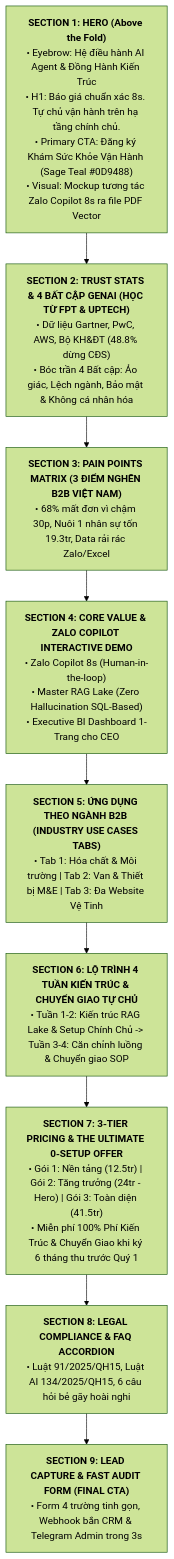
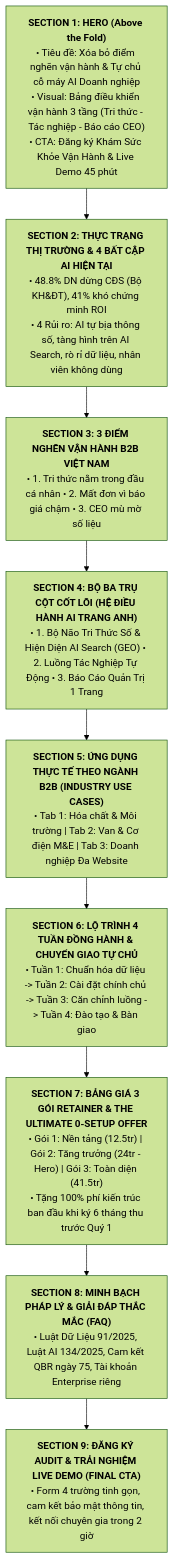
The diagram in plans/landing-page-plan.md (trungdo9/tranganhai), drawn with Mermaid (forest theme) before and after one commit. The commit also changed other lines of this file and 16 other files, not shown here.

````diff
--- a/plans/landing-page-plan.md
+++ b/plans/landing-page-plan.md
@@ -75,22 +49,22 @@
 ```mermaid
 graph TD
-    S1["<b>SECTION 1: HERO (Above the Fold)</b><br/>• Eyebrow: Hệ điều hành AI Agent & Đồng Hành Kiến Trúc<br/>• H1: Báo giá chuẩn xác 8s. Tự chủ vận hành trên hạ tầng chính chủ.<br/>• Primary CTA: Đăng ký Khám Sức Khỏe Vận Hành (Sage Teal #0D9488)<br/>• Visual: Mockup tương tác Zalo Copilot 8s ra file PDF Vector"]
+    S1["<b>SECTION 1: HERO (Above the Fold)</b><br/>• Tiêu đề: Xóa bỏ điểm nghẽn vận hành & Tự chủ cỗ máy AI Doanh nghiệp<br/>• Visual: Bảng điều khiển vận hành 3 tầng (Tri thức - Tác nghiệp - Báo cáo CEO)<br/>• CTA: Đăng ký Khám Sức Khỏe Vận Hành & Live Demo 45 phút"]
     
-    S2["<b>SECTION 2: TRUST STATS & 4 BẤT CẬP GENAI (HỌC TỪ FPT & UPTECH)</b><br/>• Dữ liệu Gartner, PwC, AWS, Bộ KH&ĐT (48.8% dừng CĐS)<br/>• Bóc trần 4 Bất cập: Ảo giác, Lệch ngành, Bảo mật & Không cá nhân hóa"]
+    S2["<b>SECTION 2: THỰC TRẠNG THỊ TRƯỜNG & 4 BẤT CẬP AI HIỆN TẠI</b><br/>• 48.8% DN dừng CĐS (Bộ KH&ĐT), 41% khó chứng minh ROI<br/>• 4 Rủi ro: AI tự bịa thông số, tàng hình trên AI Search, rò rỉ dữ liệu, nhân viên không dùng"]
     
-    S3["<b>SECTION 3: PAIN POINTS MATRIX (3 ĐIỂM NGHẼN B2B VIỆT NAM)</b><br/>• 68% mất đơn vì chậm 30p, Nuôi 1 nhân sự tốn 19.3tr, Data rải rác Zalo/Excel"]
+    S3["<b>SECTION 3: 3 ĐIỂM NGHẼN VẬN HÀNH B2B VIỆT NAM</b><br/>• 1. Tri thức nằm trong đầu cá nhân • 2. Mất đơn vì báo giá chậm • 3. CEO mù mờ số liệu"]
     
-    S4["<b>SECTION 4: CORE VALUE & ZALO COPILOT INTERACTIVE DEMO</b><br/>• Zalo Copilot 8s (Human-in-the-loop)<br/>• Master RAG Lake (Zero Hallucination SQL-Based)<br/>• Executive BI Dashboard 1-Trang cho CEO"]
+    S4["<b>SECTION 4: BỘ BA TRỤ CỘT CỐT LÕI (HỆ ĐIỀU HÀNH AI TRANG ANH)</b><br/>• 1. Bộ Não Tri Thức Số & Hiện Diện AI Search (GEO) • 2. Luồng Tác Nghiệp Tự Động • 3. Báo Cáo Quản Trị 1 Trang"]
     
-    S5["<b>SECTION 5: ỨNG DỤNG THEO NGÀNH B2B (INDUSTRY USE CASES TABS)</b><br/>• Tab 1: Hóa chất & Môi trường | Tab 2: Van & Thiết bị M&E | Tab 3: Đa Website Vệ Tinh"]
+    S5["<b>SECTION 5: ỨNG DỤNG THỰC TẾ THEO NGÀNH B2B (INDUSTRY USE CASES)</b><br/>• Tab 1: Hóa chất & Môi trường | Tab 2: Van & Cơ điện M&E | Tab 3: Doanh nghiệp Đa Website"]
     
-    S6["<b>SECTION 6: LỘ TRÌNH 4 TUẦN KIẾN TRÚC & CHUYỂN GIAO TỰ CHỦ</b><br/>• Tuần 1-2: Kiến trúc RAG Lake & Setup Chính Chủ -> Tuần 3-4: Căn chỉnh luồng & Chuyển giao SOP"]
+    S6["<b>SECTION 6: LỘ TRÌNH 4 TUẦN ĐỒNG HÀNH & CHUYỂN GIAO TỰ CHỦ</b><br/>• Tuần 1: Chuẩn hóa dữ liệu -> Tuần 2: Cài đặt chính chủ -> Tuần 3: Căn chỉnh luồng -> Tuần 4: Đào tạo & Bàn giao"]
     
-    S7["<b>SECTION 7: 3-TIER PRICING & THE ULTIMATE 0-SETUP OFFER</b><br/>• Gói 1: Nền tảng (12.5tr) | Gói 2: Tăng trưởng (24tr - Hero) | Gói 3: Toàn diện (41.5tr)<br/>• Miễn phí 100% Phí Kiến Trúc & Chuyển Giao khi ký 6 tháng thu trước Quý 1"]
+    S7["<b>SECTION 7: BẢNG GIÁ 3 GÓI RETAINER & THE ULTIMATE 0-SETUP OFFER</b><br/>• Gói 1: Nền tảng (12.5tr) | Gói 2: Tăng trưởng (24tr - Hero) | Gói 3: Toàn diện (41.5tr)<br/>• Tặng 100% phí kiến trúc ban đầu khi ký 6 tháng thu trước Quý 1"]
     
-    S8["<b>SECTION 8: LEGAL COMPLIANCE & FAQ ACCORDION</b><br/>• Luật 91/2025/QH15, Luật AI 134/2025/QH15, 6 câu hỏi bẻ gãy hoài nghi"]
+    S8["<b>SECTION 8: MINH BẠCH PHÁP LÝ & GIẢI ĐÁP THẮC MẮC (FAQ)</b><br/>• Luật Dữ Liệu 91/2025, Luật AI 134/2025, Cam kết QBR ngày 75, Tài khoản Enterprise riêng"]
     
-    S9["<b>SECTION 9: LEAD CAPTURE & FAST AUDIT FORM (FINAL CTA)</b><br/>• Form 4 trường tinh gọn, Webhook bắn CRM & Telegram Admin trong 3s"]
+    S9["<b>SECTION 9: ĐĂNG KÝ AUDIT & TRẢI NGHIỆM LIVE DEMO (FINAL CTA)</b><br/>• Form 4 trường tinh gọn, cam kết bảo mật thông tin, kết nối chuyên gia trong 2 giờ"]
 
     S1 --> S2 --> S3 --> S4 --> S5 --> S6 --> S7 --> S8 --> S9
 ```
````
